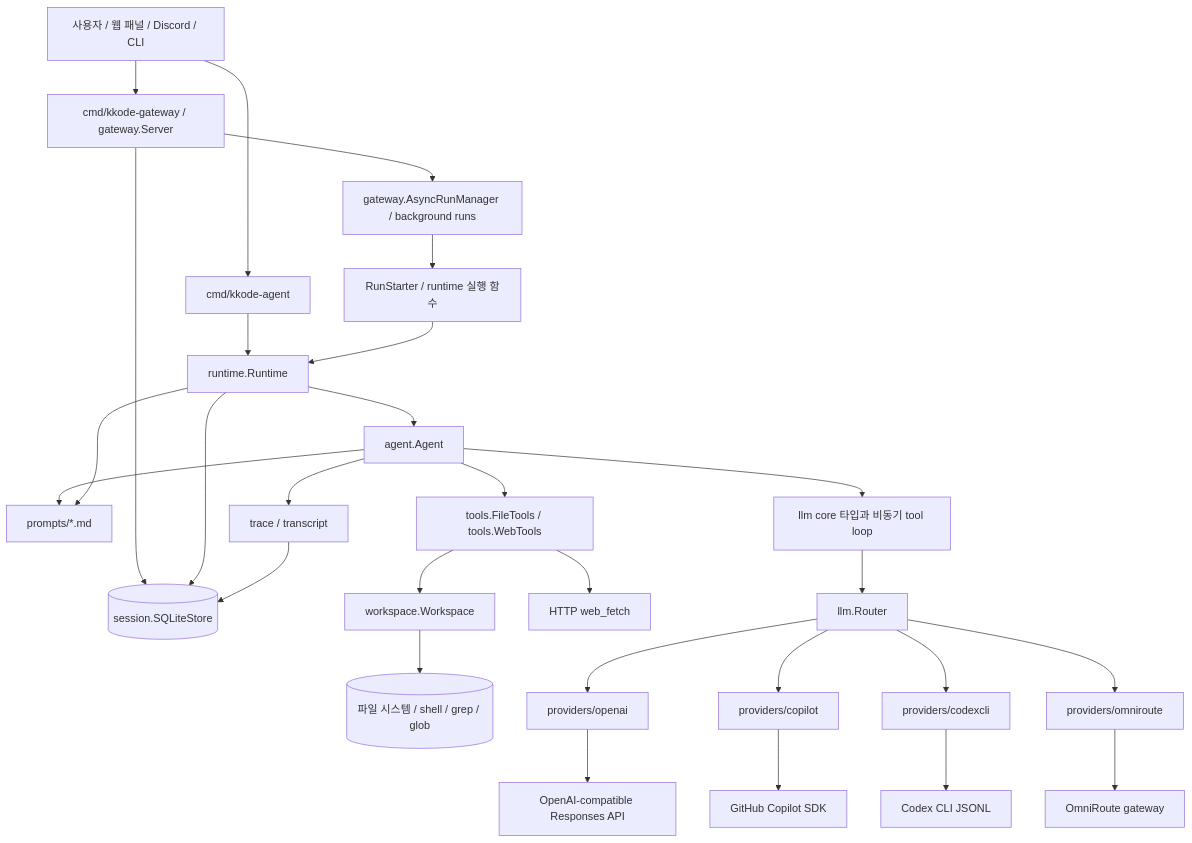
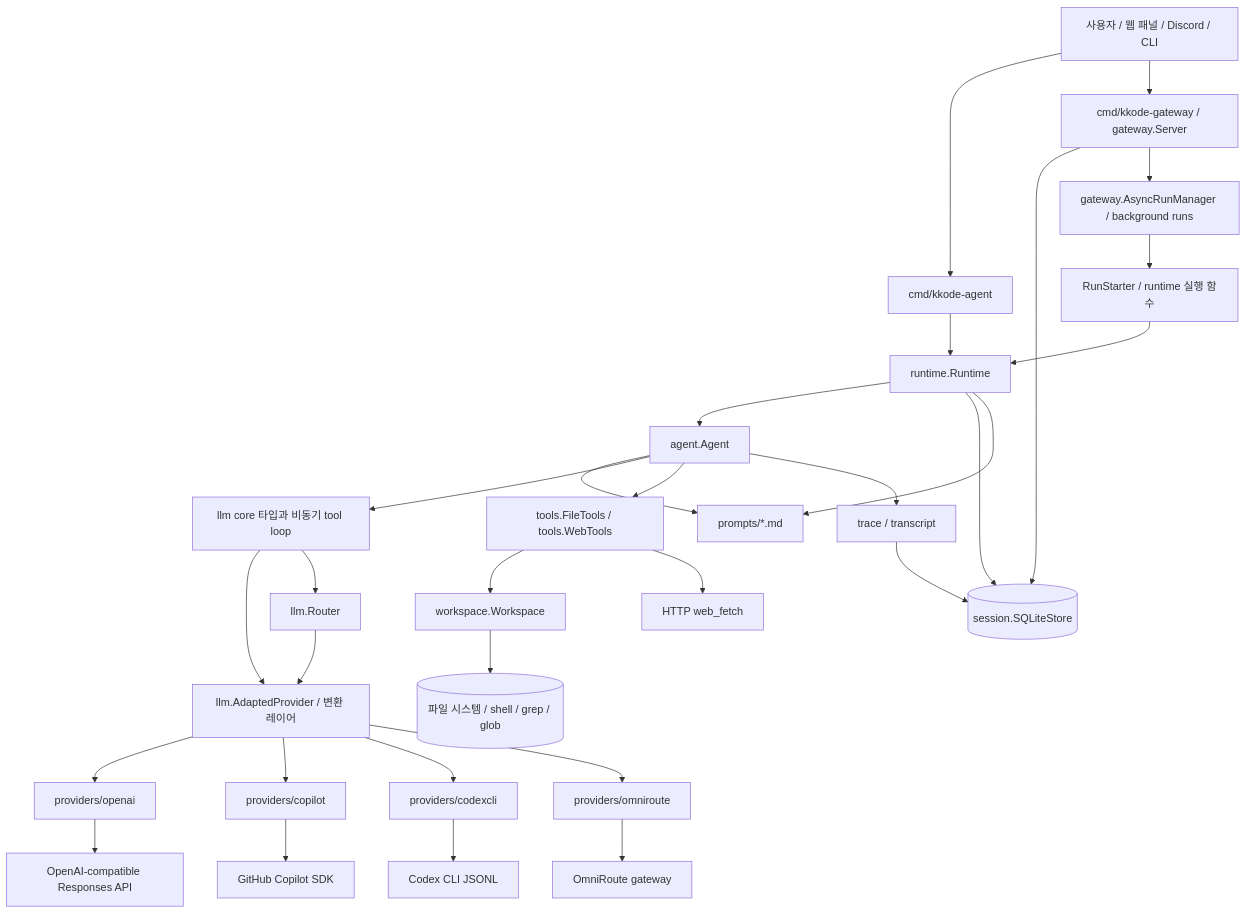
One commit to sleepysoong/kkode changed the first of 4 diagrams in README.md. Above: the diagram before and after it, drawn with Mermaid. The commit also changed other lines of this file and 9 other files, not shown here.

````diff
--- a/README.md
+++ b/README.md
@@ -14,35 +14,37 @@
 ```mermaid
 graph TD
     User[사용자 / 웹 패널 / Discord / CLI] --> CLI[cmd/kkode-agent]
     User --> GW[cmd/kkode-gateway / gateway.Server]
 
     CLI --> RT[runtime.Runtime]
     GW --> Store[(session.SQLiteStore)]
     GW --> RunManager[gateway.AsyncRunManager / background runs]
     RunManager --> RunStarter[RunStarter / runtime 실행 함수]
     RunStarter --> RT
 
     RT --> Agent[agent.Agent]
     RT --> Store
     Agent --> PromptTemplates[prompts/*.md]
     RT --> PromptTemplates
     Agent --> Core[llm core 타입과 비동기 tool loop]
+    Core --> Convert[llm.AdaptedProvider / 변환 레이어]
     Agent --> Tools[tools.FileTools / tools.WebTools]
     Tools --> WS[workspace.Workspace]
     WS --> FS[(파일 시스템 / shell / grep / glob)]
     Tools --> Web[HTTP web_fetch]
 
     Core --> Router[llm.Router]
-    Router --> OpenAI[providers/openai]
-    Router --> Copilot[providers/copilot]
-    Router --> Codex[providers/codexcli]
-    Router --> OmniRoute[providers/omniroute]
+    Router --> Convert
+    Convert --> OpenAI[providers/openai]
+    Convert --> Copilot[providers/copilot]
+    Convert --> Codex[providers/codexcli]
+    Convert --> OmniRoute[providers/omniroute]
 
     OpenAI --> ModelAPI[OpenAI-compatible Responses API]
     Copilot --> CopilotSDK[GitHub Copilot SDK]
     Codex --> CodexCLI[Codex CLI JSONL]
     OmniRoute --> OmniRouteAPI[OmniRoute gateway]
 
     Agent --> Trace[trace / transcript]
     Trace --> Store
 ```
````
